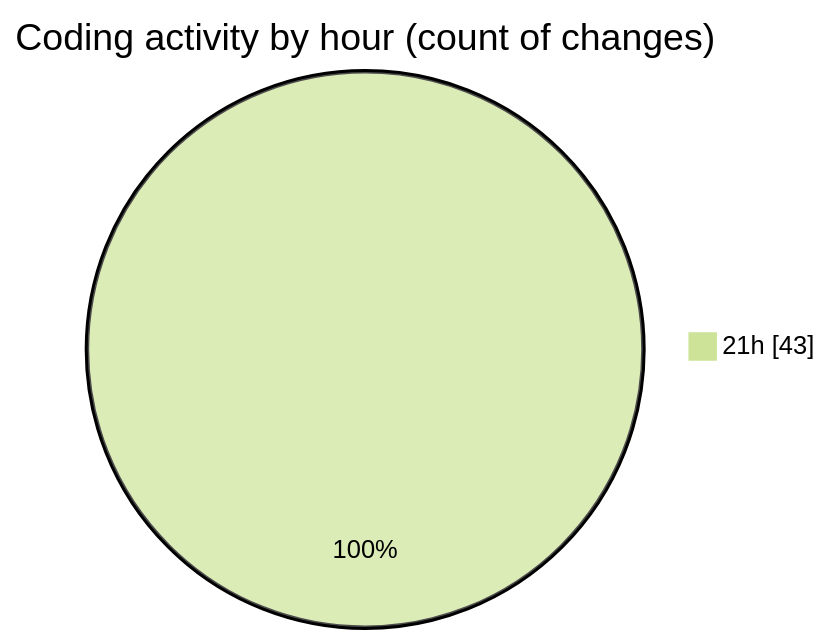
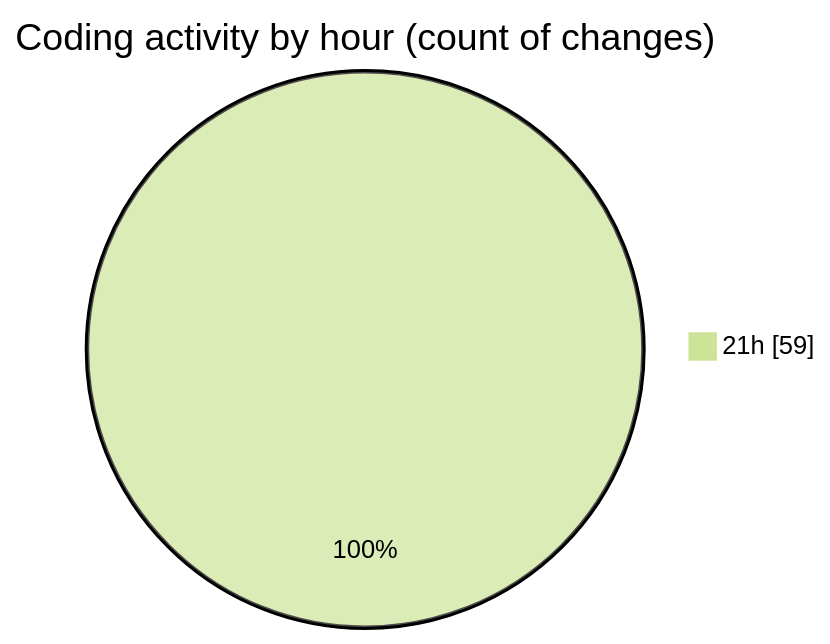
The second of 2 diagrams in 2025-10-15/scopecraft/README.md (Ritupan-Deka/code-tracking), drawn with Mermaid (forest theme) before and after one commit. The commit also changed other lines of this file and 1 other file, not shown here.

````diff
--- a/2025-10-15/scopecraft/README.md
+++ b/2025-10-15/scopecraft/README.md
@@ -30,5 +30,5 @@
 ```mermaid
 pie showData
 title Coding activity by hour (count of changes)
-"21h" : 43
+"21h" : 59
 ```
````
